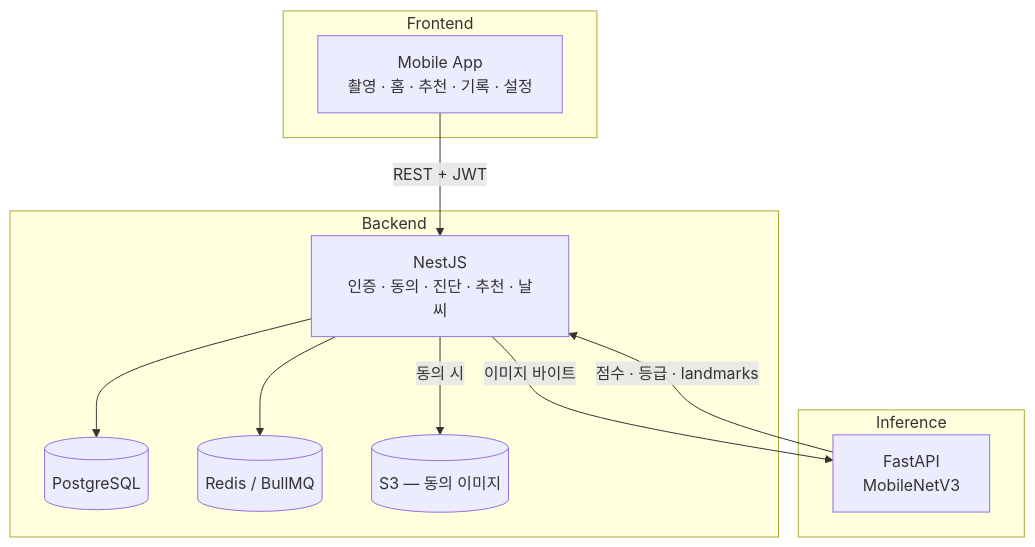
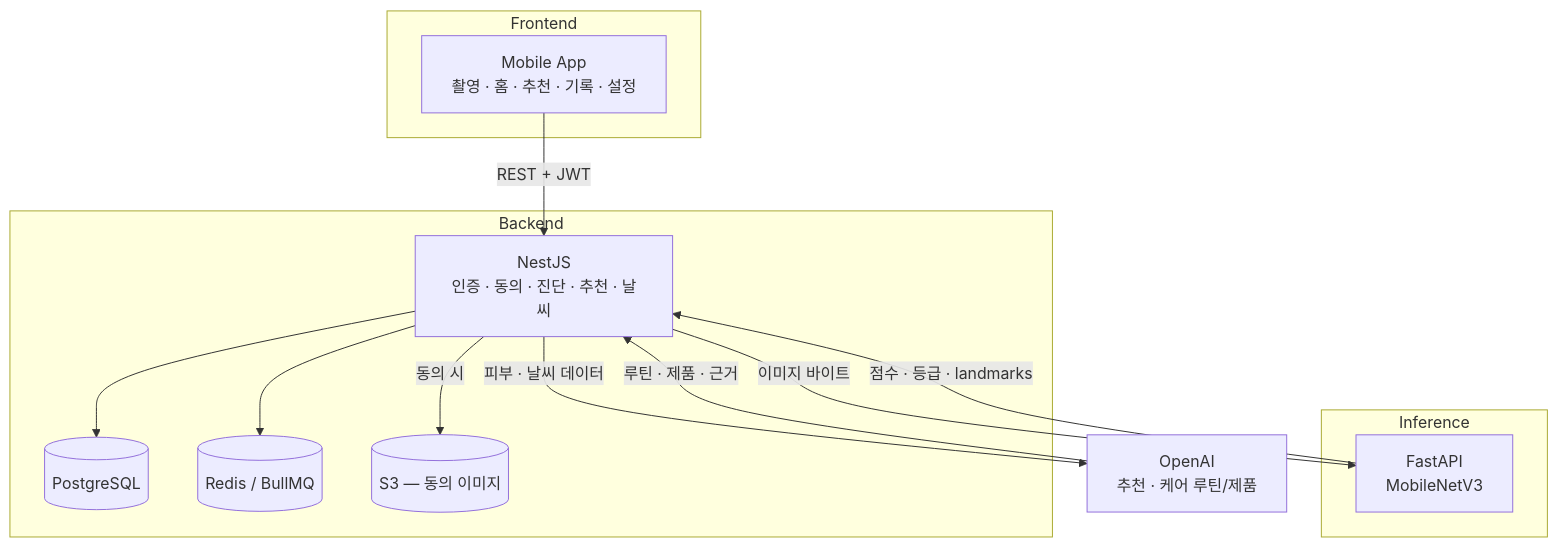
One commit to jae-ho93/Todayskin changed the diagram in README.md. Above: the diagram before and after it, drawn with Mermaid. The commit also changed other lines of this file, not shown here.

Commit message:
Update README with AI OpenAI integration details
Added details about AI integration with OpenAI for recommendations and care routines in the README.

````diff
--- a/README.md
+++ b/README.md
@@ -104,21 +106,24 @@
 ```mermaid
 flowchart TB
   subgraph Client["Frontend"]
     APP["Mobile App<br/>촬영 · 홈 · 추천 · 기록 · 설정"]
   end
   subgraph Server["Backend"]
     API["NestJS<br/>인증 · 동의 · 진단 · 추천 · 날씨"]
     PG[("PostgreSQL")]
     REDIS[("Redis / BullMQ")]
     S3[("S3 — 동의 이미지")]
   end
   subgraph AI["Inference"]
     INF["FastAPI<br/>MobileNetV3"]
   end
+  OPENAI["OpenAI<br/>추천 · 케어 루틴/제품"]
   APP -->|REST + JWT| API
   API --> PG
   API --> REDIS
   API -->|동의 시| S3
   API -->|이미지 바이트| INF
   INF -->|점수 · 등급 · landmarks| API
+  API -->|피부 · 날씨 데이터| OPENAI
+  OPENAI -->|루틴 · 제품 · 근거| API
 ```
````
